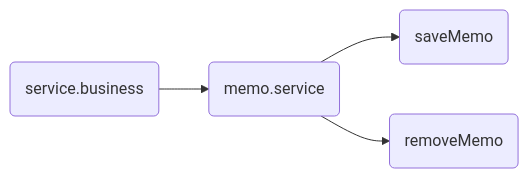
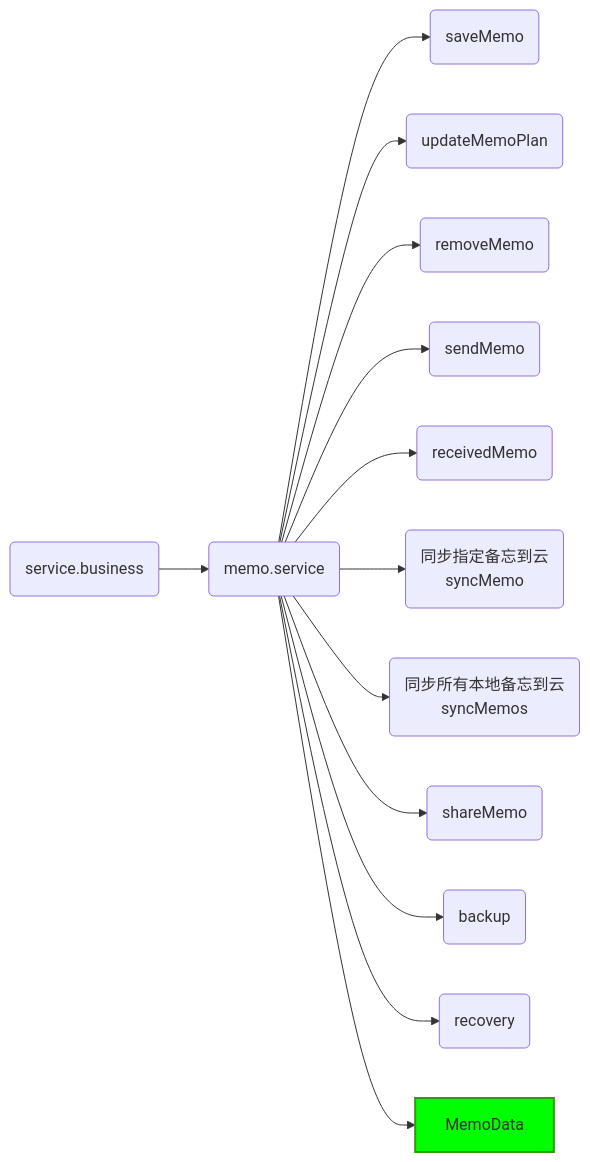
The diagram in docs/design/service/memo.service.md (XJ-GTD/GTD2), drawn with Mermaid before and after one commit. The commit also changed 3 other files, not shown here.

````diff
--- a/docs/design/service/memo.service.md
+++ b/docs/design/service/memo.service.md
@@ -1,6 +1,17 @@
 ```mermaid
 graph LR;
+classDef datamap fill:#00ff00,stroke:#339911,stroke-width:2px;
 A(service.business) --> D(memo.service);
 D --> D1(saveMemo);
+D --> D1-1(updateMemoPlan);
 D --> D2(removeMemo);
+D --> D3(sendMemo);
+D --> D4(receivedMemo);
+D --> D5(同步指定备忘到云<br/>syncMemo);
+D --> D6(同步所有本地备忘到云<br/>syncMemos);
+D --> D7(shareMemo);
+D --> D8(backup);
+D --> D9(recovery);
+D --> D99-1[MemoData];
+class D99-1 datamap;
 ```
````
